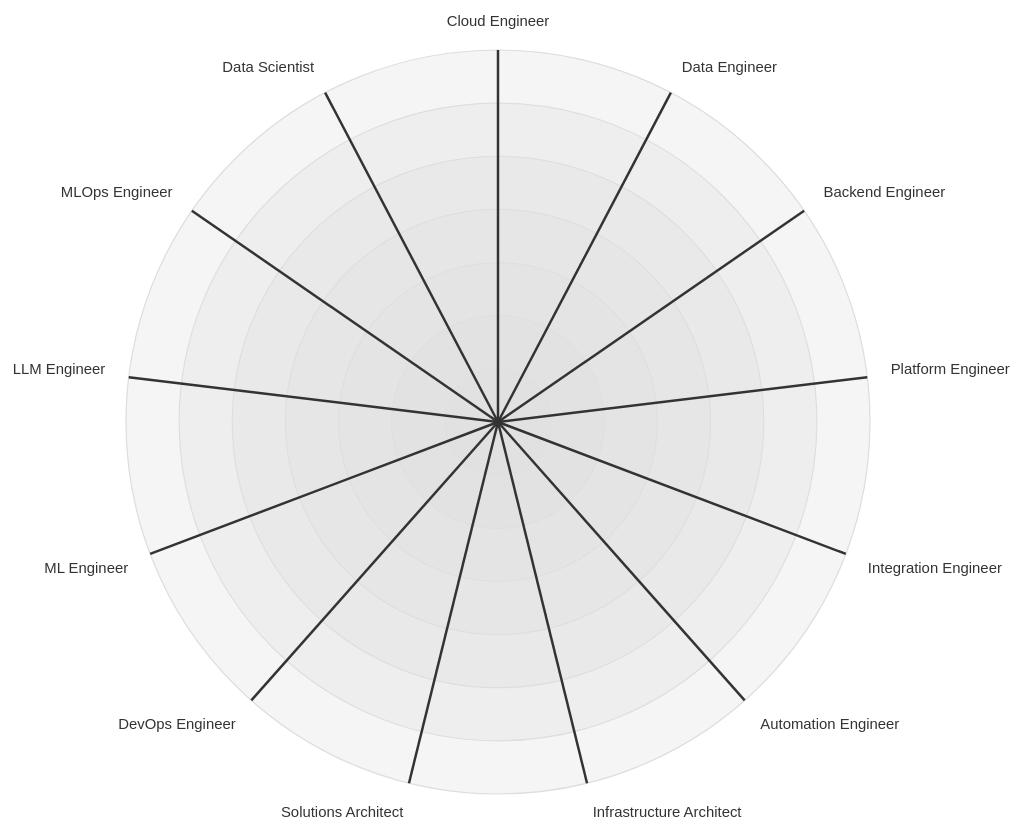
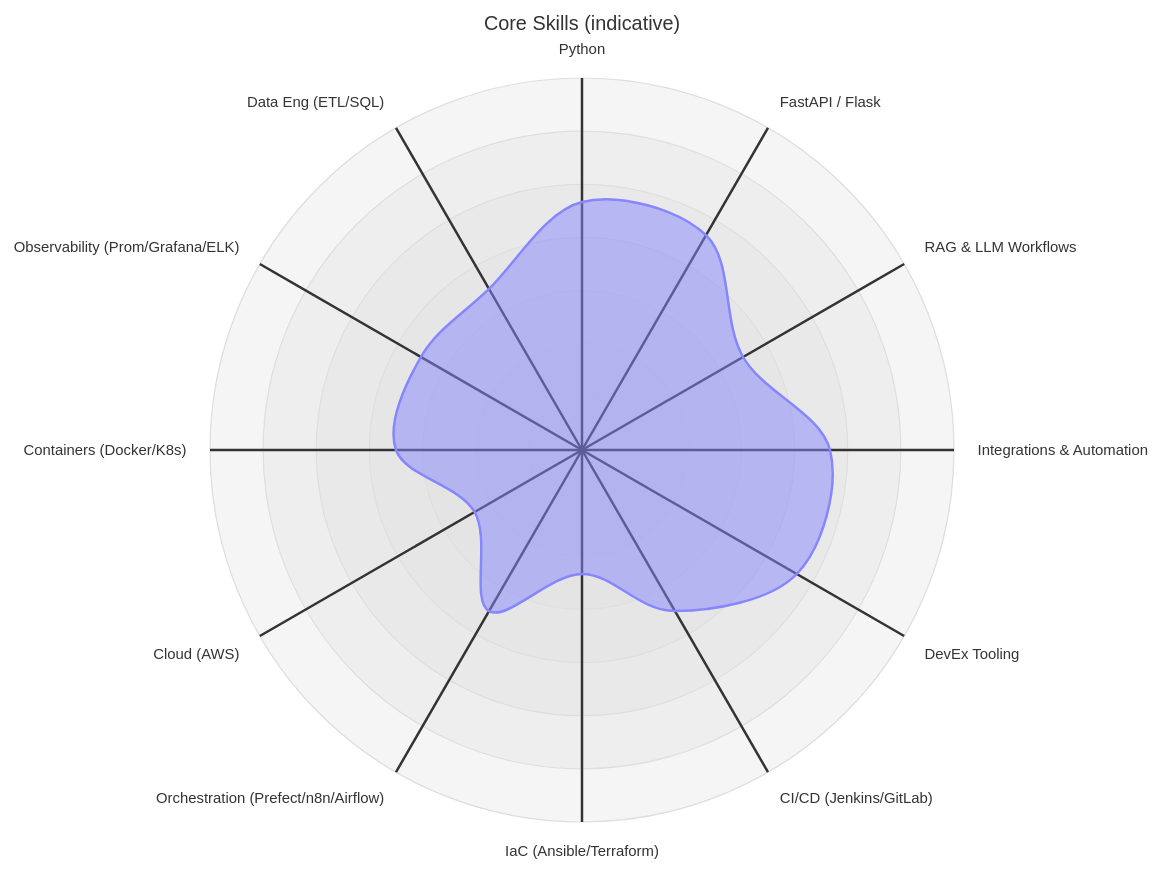
Before and after one commit to chernistry/chernistry: the diagram in README.md, drawn with Mermaid. The commit also changed other lines of this file, not shown here.

`````diff
--- a/README.md
+++ b/README.md
@@ -28,23 +19,31 @@
 ```mermaid
-%% Polygonal Competency Chart – Seniority per Role
+%% Skills Radar – indicative levels (1..7)
 radar-beta
-  axis ce["Cloud Engineer"]
-  axis de["Data Engineer"]
-  axis be["Backend Engineer"]
-  axis pe["Platform Engineer"]
-  axis ie["Integration Engineer"]
-  axis ae["Automation Engineer"]
-  axis ia["Infrastructure Architect"]
-  axis sa["Solutions Architect"]
-  axis dev["DevOps Engineer"]
-  axis ml["ML Engineer"]
-  axis llm["LLM Engineer"]
-  axis mlo["MLOps Engineer"]
-  axis ds["Data Scientist"]
+  title Core Skills (indicative)
 
-  curve seniority["Estimated seniority"]{1,1,1,1,1,1,1,1,1,1,1,1,1}
-  showLegend false
+  %% Axes (IDs → Labels)
+  axis py["Python"]
+  axis fast["FastAPI / Flask"]
+  axis rag["RAG & LLM Workflows"]
+  axis integ["Integrations & Automation"]
+  axis devex["DevEx Tooling"]
+  axis cicd["CI/CD (Jenkins/GitLab)"]
+  axis iac["IaC (Ansible/Terraform)"]
+  axis orch["Orchestration (Prefect/n8n/Airflow)"]
+  axis cloud["Cloud (AWS)"]
+  axis cont["Containers (Docker/K8s)"]
+  axis obs["Observability (Prom/Grafana/ELK)"]
+  axis data["Data Eng (ETL/SQL)"]
+
+  %% Levels (1 Junior · 3 Senior · 4 Lead · 5 Staff · 6 Principal · 7 Manager)
+  curve level["Estimated level"]{
+    py:5, fast:5, rag:4, integ:5, devex:5, cicd:4,
+    iac:3, orch:4, cloud:3, cont:4, obs:4, data:4
+  }
+
+  %% Scale & options
   min 1
   max 7
   ticks 7
+  showLegend false
 ````
`````
